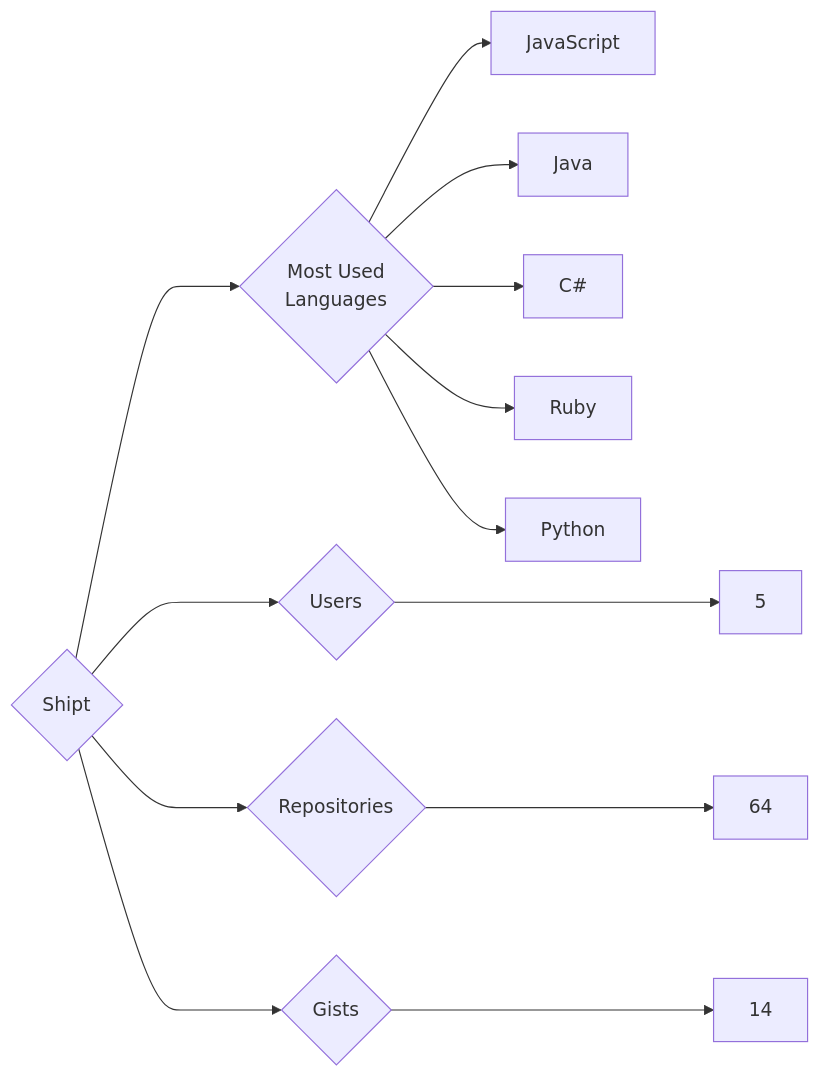
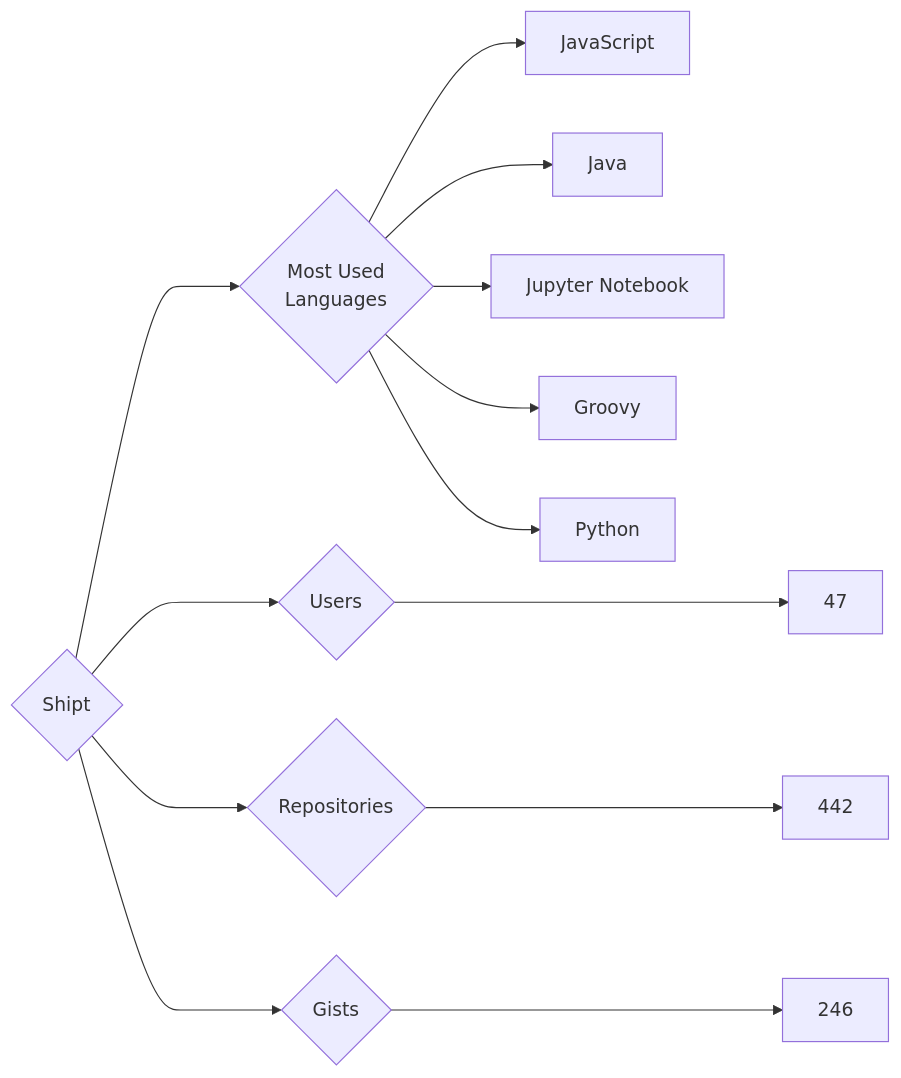
The diagram in targets/Shipt/README.md (trickest/insiders), drawn with Mermaid before and after one commit. The commit also changed 806 other files, not shown here.

````diff
--- a/targets/Shipt/README.md
+++ b/targets/Shipt/README.md
@@ -3,13 +3,13 @@
 ```mermaid
 graph LR
 COMPANY_NAME{Shipt}
-COMPANY_NAME ---> U{Users} ---> UN[5]
-COMPANY_NAME ---> R{Repositories} ---> RN[64]
-COMPANY_NAME ---> G{Gists} ---> GN[14]
+COMPANY_NAME ---> U{Users} ---> UN[47]
+COMPANY_NAME ---> R{Repositories} ---> RN[442]
+COMPANY_NAME ---> G{Gists} ---> GN[246]
 COMPANY_NAME ---> ML{Most Used<br>Languages}
 ML --> JavaScript[JavaScript]
 ML --> Java[Java]
-ML --> C#[C#]
-ML --> Ruby[Ruby]
+ML --> Jupyter_Notebook[Jupyter Notebook]
+ML --> Groovy[Groovy]
 ML --> Python[Python]
 ```
````
